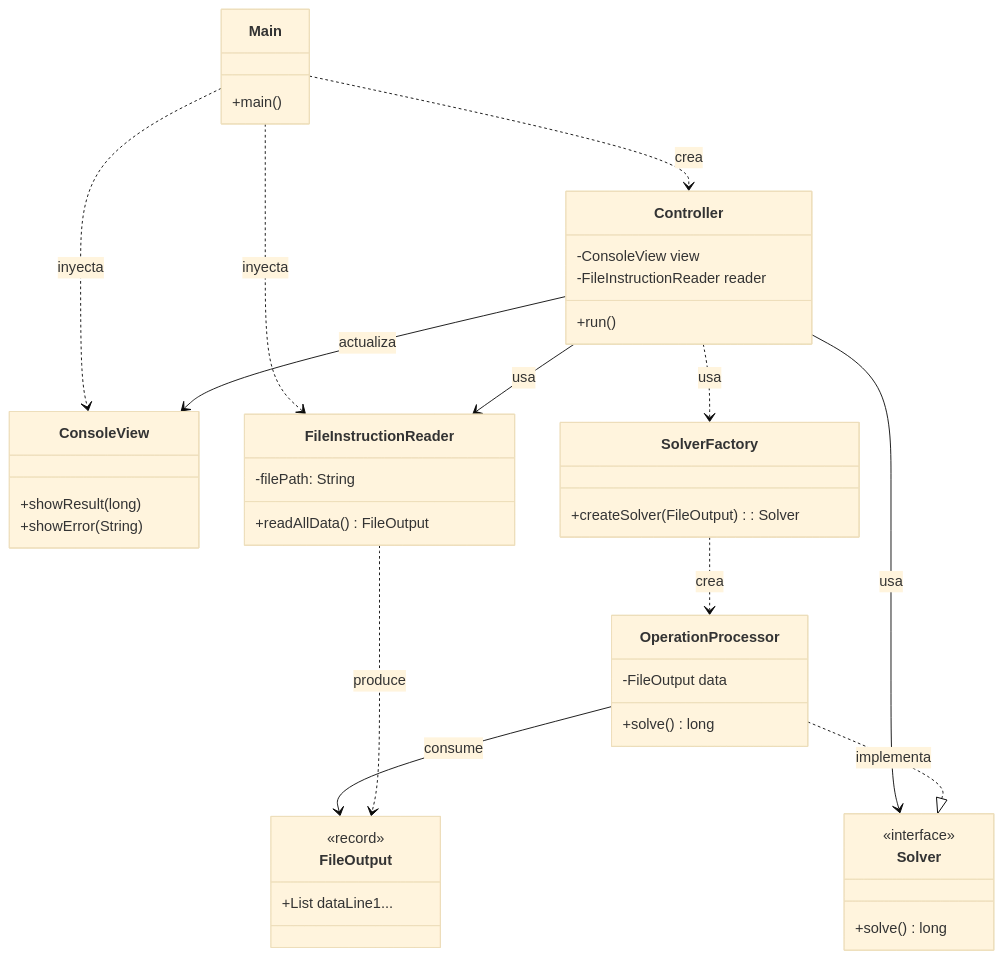
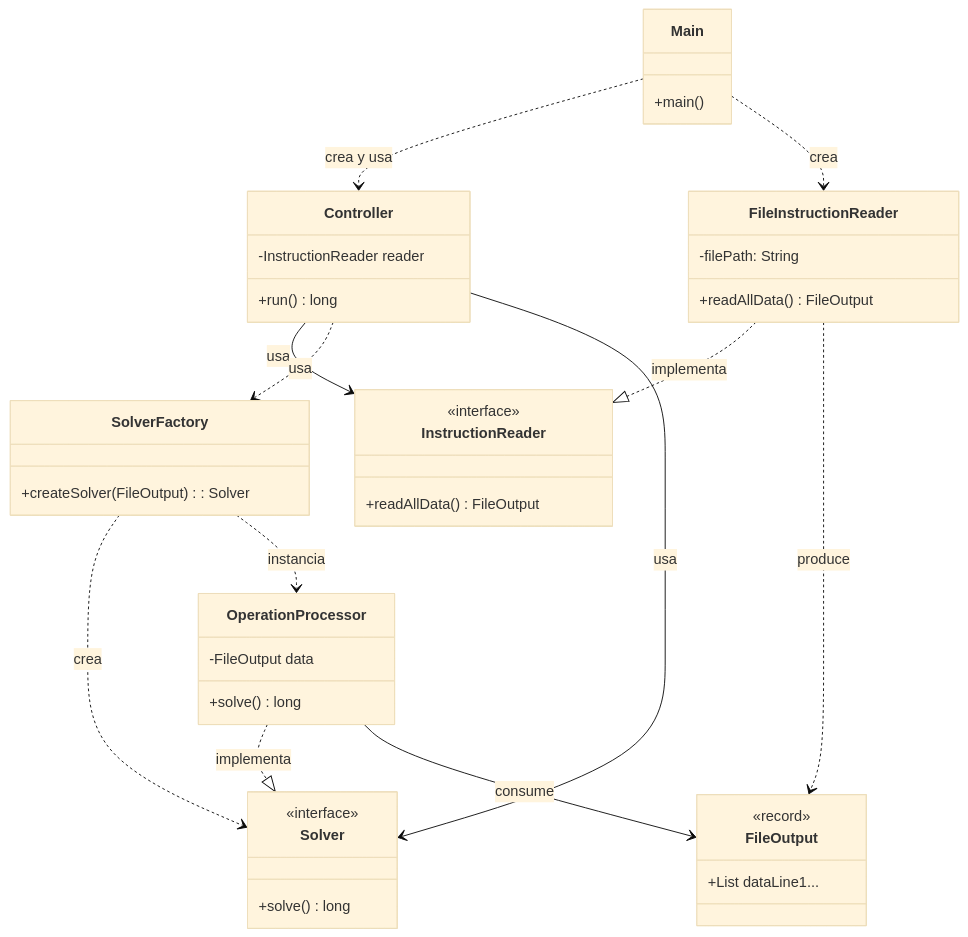
Before and after one commit to Carlossr2401/AdventOfCode6-2025: the first of 2 diagrams in README.md, drawn with Mermaid (base theme). The commit also changed other lines of this file, not shown here.

Commit message:
Update: README.md

````diff
--- a/README.md
+++ b/README.md
@@ -38,48 +39,48 @@
 ```mermaid
 classDiagram
     class Main {
         +main()
     }
     class Controller {
-        -ConsoleView view
-        -FileInstructionReader reader
-        +run()
+        -InstructionReader reader
+        +run() long
     }
-    class ConsoleView {
-        +showResult(long)
-        +showError(String)
+    class InstructionReader {
+        <<interface>>
+        +readAllData() FileOutput
+    }
+    class FileInstructionReader {
+        -filePath: String
+        +readAllData() FileOutput
     }
     class SolverFactory {
         +createSolver(FileOutput): Solver
     }
     class Solver {
         <<interface>>
         +solve() long
     }
     class OperationProcessor {
         -FileOutput data
         +solve() long
     }
-    class FileInstructionReader {
-        -filePath: String
-        +readAllData() FileOutput
-    }
     class FileOutput {
         <<record>>
         +List dataLine1...
     }
 
-    Main ..> Controller : crea
-    Main ..> ConsoleView : inyecta
-    Main ..> FileInstructionReader : inyecta
+    Main ..> Controller : crea y usa
+    Main ..> FileInstructionReader : crea
 
-    Controller --> ConsoleView : actualiza
-    Controller --> FileInstructionReader : usa
+    Controller --> InstructionReader : usa
+    FileInstructionReader ..|> InstructionReader : implementa
+    FileInstructionReader ..> FileOutput : produce
+
     Controller ..> SolverFactory : usa
+    SolverFactory ..> Solver : crea
+    SolverFactory ..> OperationProcessor : instancia
     Controller --> Solver : usa
 
-    SolverFactory ..> OperationProcessor : crea
     OperationProcessor ..|> Solver : implementa
     OperationProcessor --> FileOutput : consume
-    FileInstructionReader ..> FileOutput : produce
 ```
````
